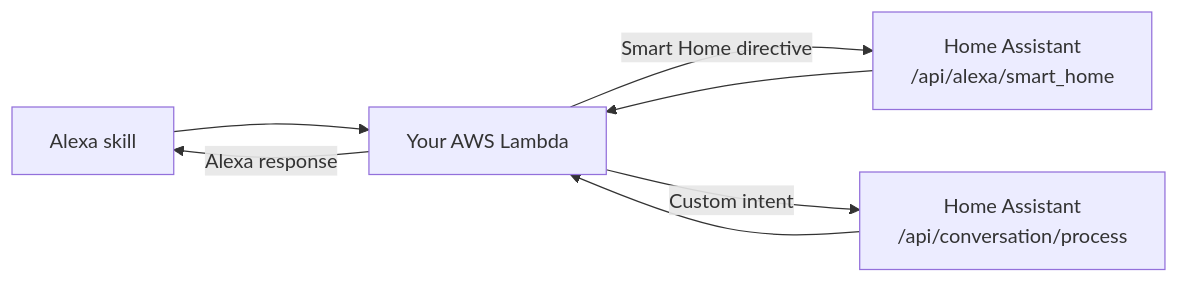
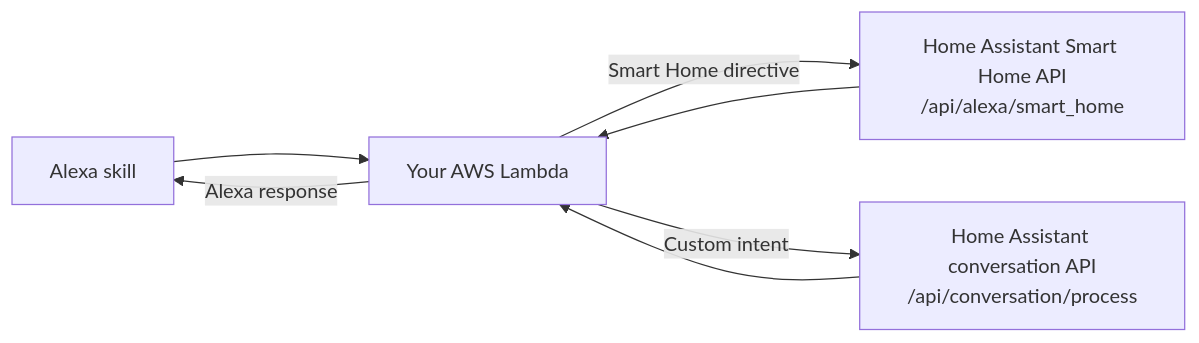
One commit to andreacasarin/Halexia changed the diagram in README.md. Above: the diagram before and after it, drawn with Mermaid. The commit also changed other lines of this file and 2 other files, not shown here.

````diff
--- a/README.md
+++ b/README.md
@@ -15,9 +16,9 @@
 ```mermaid
 flowchart LR
     A[Alexa skill] --> L[Your AWS Lambda]
-    L -->|Smart Home directive| S[Home Assistant<br/>/api/alexa/smart_home]
+    L -->|Smart Home directive| S["Home Assistant Smart Home API<br/>/api/alexa/smart_home"]
     S --> L
-    L -->|Custom intent| C[Home Assistant<br/>/api/conversation/process]
+    L -->|Custom intent| C["Home Assistant conversation API<br/>/api/conversation/process"]
     C --> L
     L -->|Alexa response| A
 ```
````
